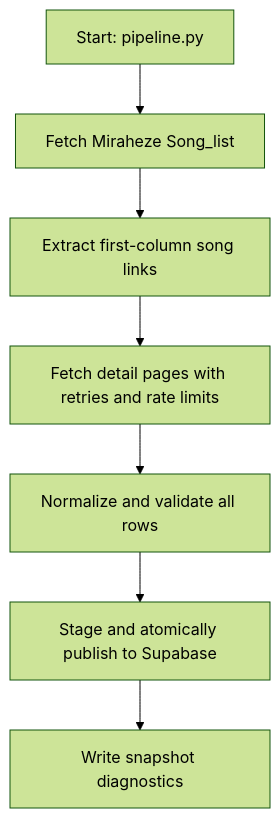
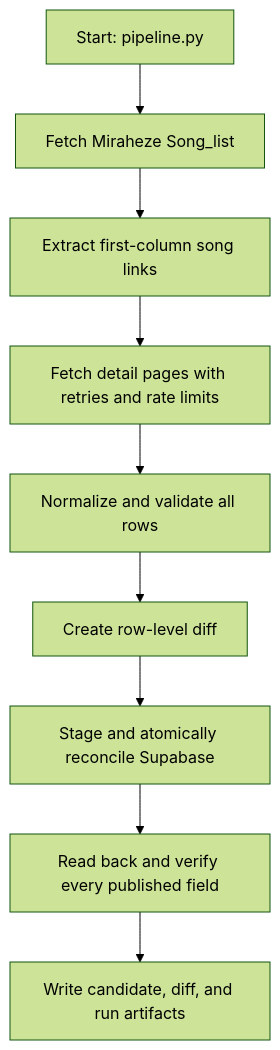
One commit to rtrin/arcaeacharts changed the diagram in data-pipeline/README.md. Above: the diagram before and after it, drawn with Mermaid (forest theme). The commit also changed other lines of this file and 3 other files, not shown here.

````diff
--- a/data-pipeline/README.md
+++ b/data-pipeline/README.md
@@ -17,9 +19,11 @@
 ```mermaid
 graph TD
     A[Start: pipeline.py] --> B[Fetch Miraheze Song_list]
     B --> C[Extract first-column song links]
     C --> D[Fetch detail pages with retries and rate limits]
     D --> E[Normalize and validate all rows]
-    E --> F[Stage and atomically publish to Supabase]
-    F --> G[Write snapshot diagnostics]
+    E --> F[Create row-level diff]
+    F --> G[Stage and atomically reconcile Supabase]
+    G --> H[Read back and verify every published field]
+    H --> I[Write candidate, diff, and run artifacts]
 ```
````
